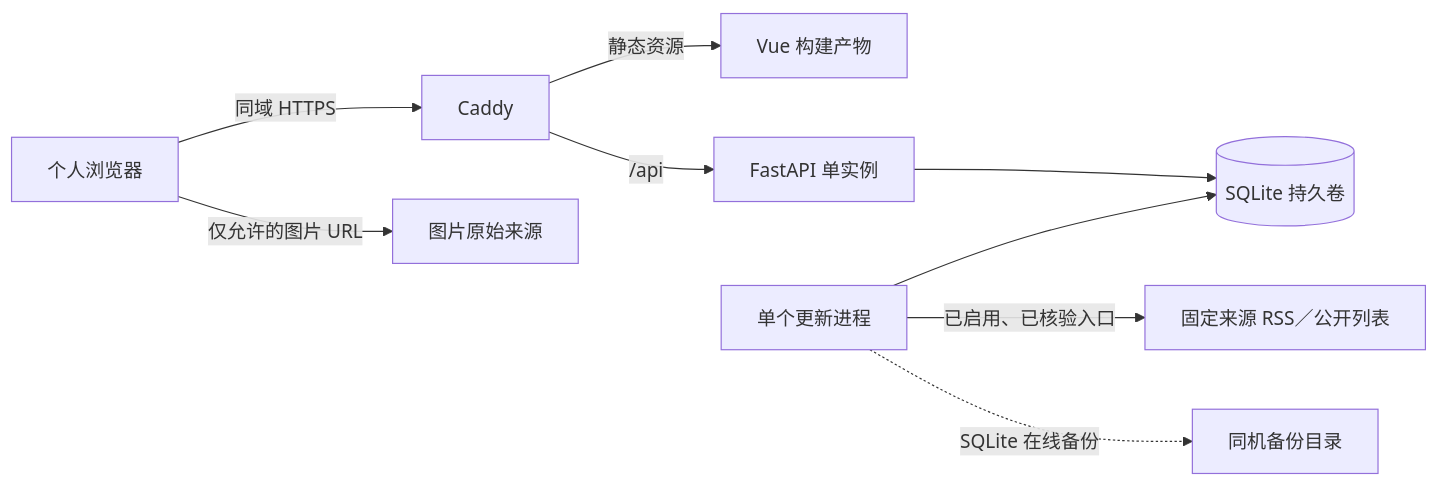
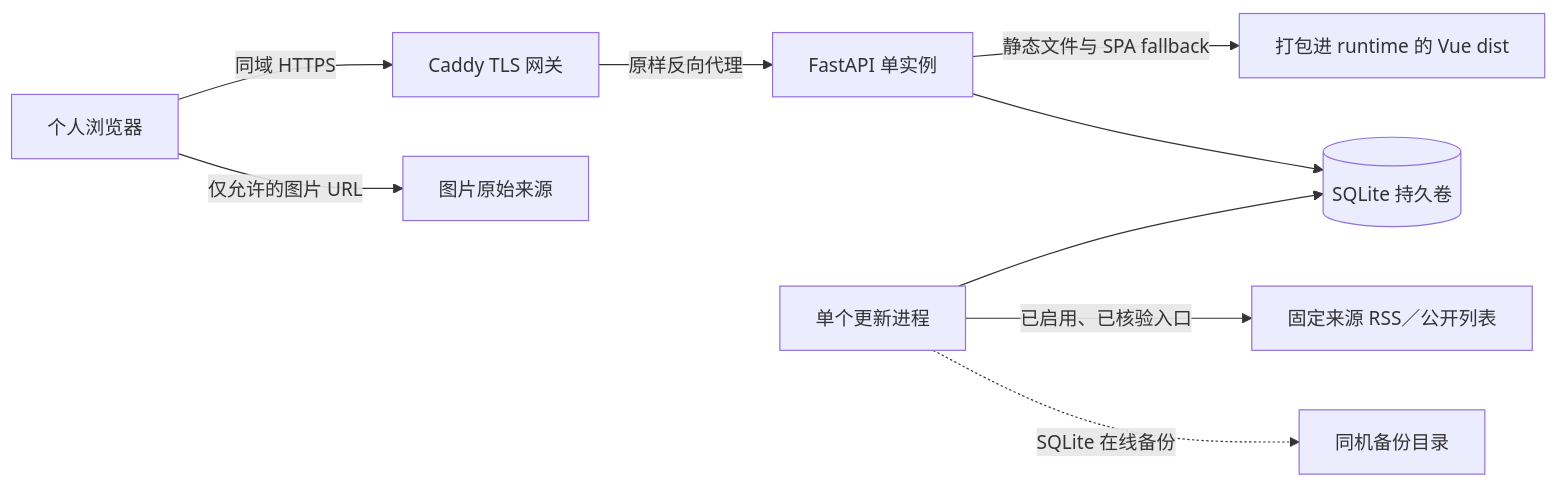
One commit to yaowuya/guangzhuang changed the diagram in fp-docs/changes/beauty-intelligence-mvp/design/backend.md. Above: the diagram before and after it, drawn with Mermaid. The commit also changed other lines of this file and 180 other files, not shown here.

````diff
--- a/fp-docs/changes/beauty-intelligence-mvp/design/backend.md
+++ b/fp-docs/changes/beauty-intelligence-mvp/design/backend.md
@@ -99,11 +100,11 @@
 ```mermaid
 flowchart LR
-    Browser[个人浏览器] -->|同域 HTTPS| Caddy[Caddy]
-    Caddy -->|静态资源| Vue[Vue 构建产物]
-    Caddy -->|/api| API[FastAPI 单实例]
+    Browser[个人浏览器] -->|同域 HTTPS| Caddy[Caddy TLS 网关]
+    Caddy -->|原样反向代理| API[FastAPI 单实例]
+    API -->|静态文件与 SPA fallback| Vue[打包进 runtime 的 Vue dist]
     API --> DB[(SQLite 持久卷)]
     Worker[单个更新进程] --> DB
     Worker -->|已启用、已核验入口| Sources[固定来源 RSS／公开列表]
     Browser -->|仅允许的图片 URL| Images[图片原始来源]
     Worker -.->|SQLite 在线备份| Backup[同机备份目录]
 ```
````
